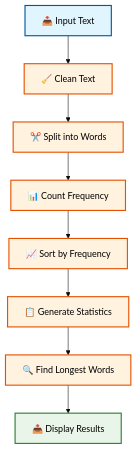
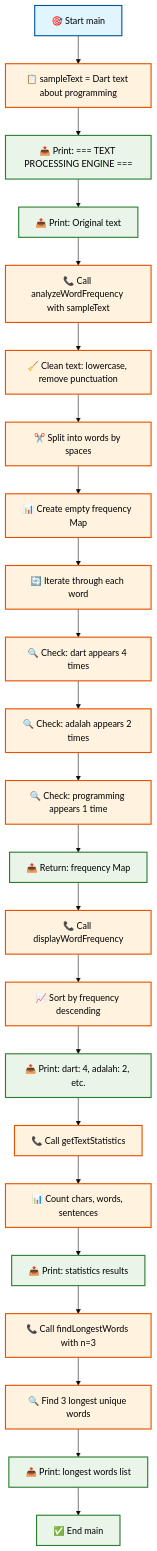
One commit to antonprafanto/flutter changed diagram 14 of 15 in minggu2.md. Above: the diagram before and after it, drawn with Mermaid (base theme). The commit also changed other lines of this file, not shown here.

````diff
--- a/minggu2.md
+++ b/minggu2.md
@@ -1063,19 +1324,49 @@
 ```mermaid
 flowchart TD
-    A[📥 Input Text] --> B[🧹 Clean Text]
-    B --> C[✂️ Split into Words]
-    C --> D[📊 Count Frequency]
-    D --> E[📈 Sort by Frequency]
-    E --> F[📋 Generate Statistics]
-    F --> G[🔍 Find Longest Words]
-    G --> H[📤 Display Results]
+    A[🎯 Start main] --> B[📋 sampleText = Dart text about programming]
+    B --> C[📤 Print: === TEXT PROCESSING ENGINE ===]
+    C --> D[📤 Print: Original text]
+    D --> E[📞 Call analyzeWordFrequency with sampleText]
+    E --> F[🧹 Clean text: lowercase, remove punctuation]
+    F --> G[✂️ Split into words by spaces]
+    G --> H[📊 Create empty frequency Map]
+    H --> I[🔄 Iterate through each word]
+    I --> J[🔍 Check: dart appears 4 times]
+    J --> K[🔍 Check: adalah appears 2 times]
+    K --> L[🔍 Check: programming appears 1 time]
+    L --> M[📤 Return: frequency Map]
+    M --> N[📞 Call displayWordFrequency]
+    N --> O[📈 Sort by frequency descending]
+    O --> P[📤 Print: dart: 4, adalah: 2, etc.]
+    P --> Q[📞 Call getTextStatistics]
+    Q --> R[📊 Count chars, words, sentences]
+    R --> S[📤 Print: statistics results]
+    S --> T[📞 Call findLongestWords with n=3]
+    T --> U[🔍 Find 3 longest unique words]
+    U --> V[📤 Print: longest words list]
+    V --> W[✅ End main]
     
     style A fill:#e1f5fe,stroke:#01579b,stroke-width:2px,color:#000
     style B fill:#fff3e0,stroke:#e65100,stroke-width:2px,color:#000
-    style C fill:#fff3e0,stroke:#e65100,stroke-width:2px,color:#000
-    style D fill:#fff3e0,stroke:#e65100,stroke-width:2px,color:#000
+    style C fill:#e8f5e8,stroke:#2e7d32,stroke-width:2px,color:#000
+    style D fill:#e8f5e8,stroke:#2e7d32,stroke-width:2px,color:#000
     style E fill:#fff3e0,stroke:#e65100,stroke-width:2px,color:#000
     style F fill:#fff3e0,stroke:#e65100,stroke-width:2px,color:#000
     style G fill:#fff3e0,stroke:#e65100,stroke-width:2px,color:#000
-    style H fill:#e8f5e8,stroke:#2e7d32,stroke-width:2px,color:#000
+    style H fill:#fff3e0,stroke:#e65100,stroke-width:2px,color:#000
+    style I fill:#fff3e0,stroke:#e65100,stroke-width:2px,color:#000
+    style J fill:#fff3e0,stroke:#e65100,stroke-width:2px,color:#000
+    style K fill:#fff3e0,stroke:#e65100,stroke-width:2px,color:#000
+    style L fill:#fff3e0,stroke:#e65100,stroke-width:2px,color:#000
+    style M fill:#e8f5e8,stroke:#2e7d32,stroke-width:2px,color:#000
+    style N fill:#fff3e0,stroke:#e65100,stroke-width:2px,color:#000
+    style O fill:#fff3e0,stroke:#e65100,stroke-width:2px,color:#000
+    style P fill:#e8f5e8,stroke:#2e7d32,stroke-width:2px,color:#000
+    style Q fill:#fff3e0,stroke:#e65100,stroke-width:2px,color:#000
+    style R fill:#fff3e0,stroke:#e65100,stroke-width:2px,color:#000
+    style S fill:#e8f5e8,stroke:#2e7d32,stroke-width:2px,color:#000
+    style T fill:#fff3e0,stroke:#e65100,stroke-width:2px,color:#000
+    style U fill:#fff3e0,stroke:#e65100,stroke-width:2px,color:#000
+    style V fill:#e8f5e8,stroke:#2e7d32,stroke-width:2px,color:#000
+    style W fill:#e8f5e8,stroke:#2e7d32,stroke-width:2px,color:#000
 ```
````
